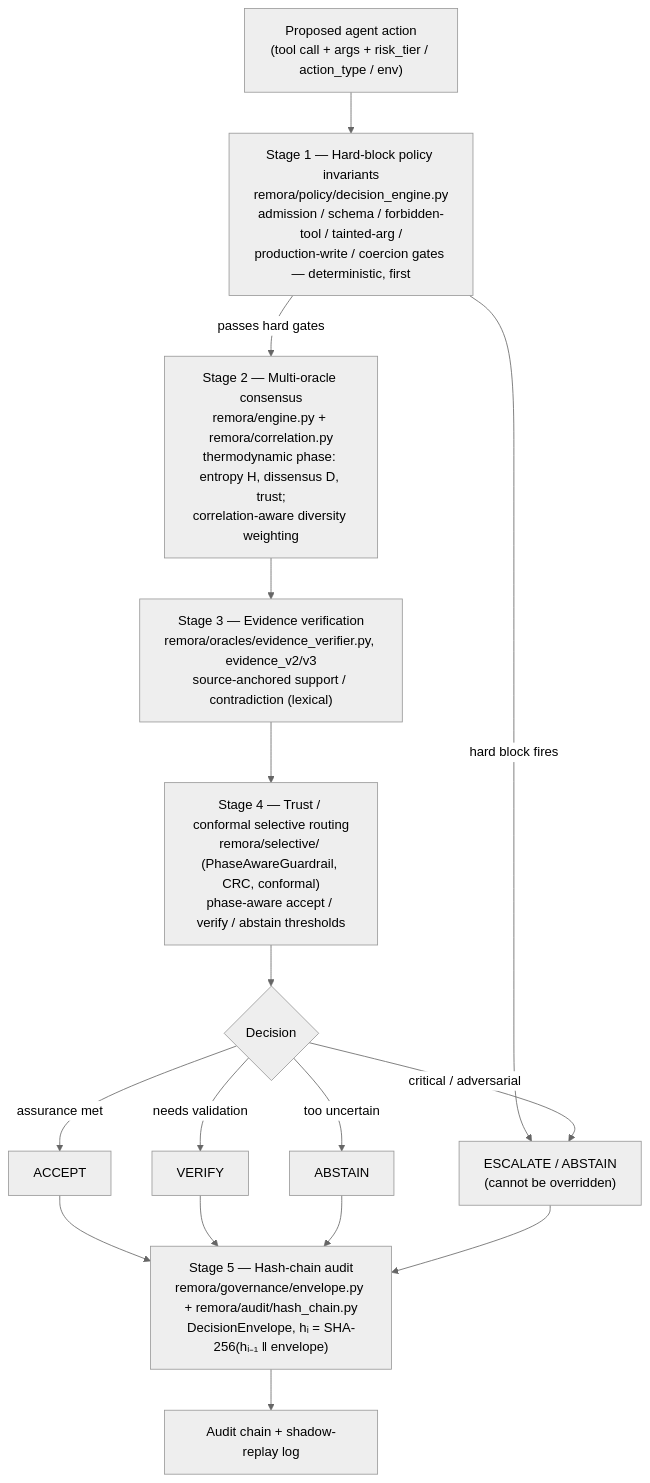
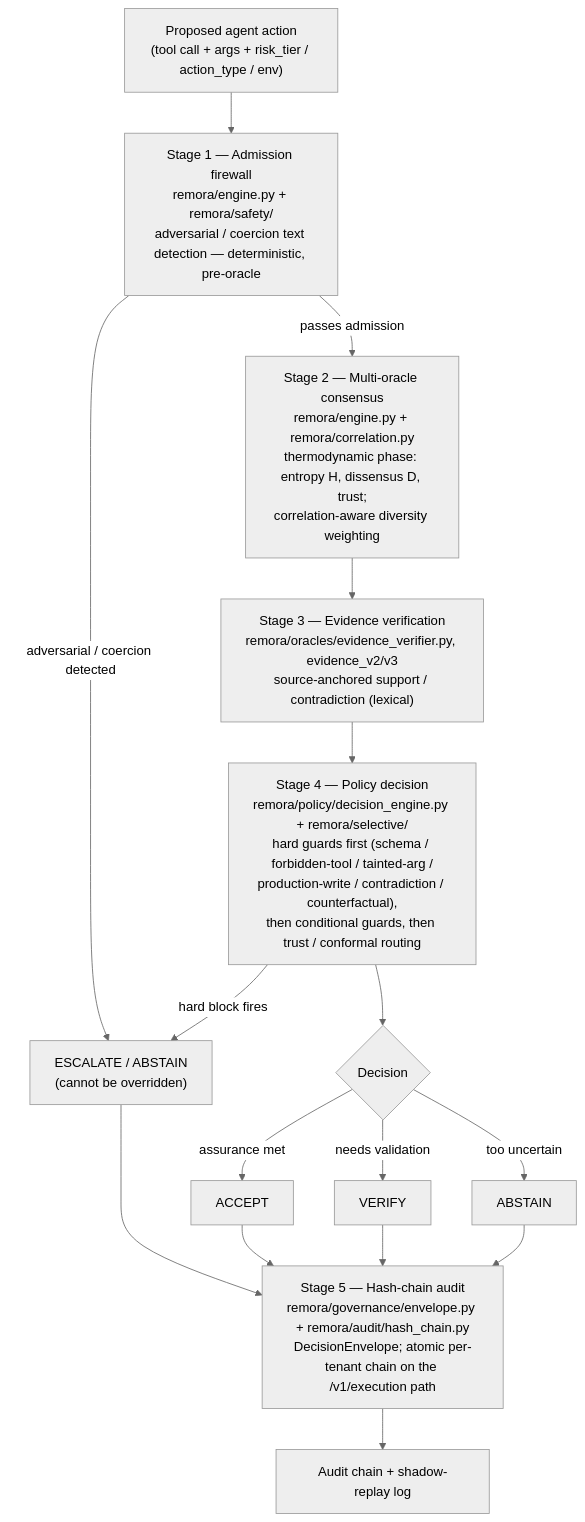
One commit to darklordVirtual/REMORA-research changed the first of 2 diagrams in ARCHITECTURE.md. Above: the diagram before and after it, drawn with Mermaid (neutral theme). The commit also changed other lines of this file and 14 other files, not shown here.

````diff
--- a/ARCHITECTURE.md
+++ b/ARCHITECTURE.md
@@ -68,25 +71,25 @@
 ```mermaid
 flowchart TD
     ACT["Proposed agent action\n(tool call + args + risk_tier / action_type / env)"] --> S1
 
-    S1["Stage 1 — Hard-block policy invariants\nremora/policy/decision_engine.py\nadmission / schema / forbidden-tool / tainted-arg /\nproduction-write / coercion gates — deterministic, first"]
-    S1 -->|"hard block fires"| ESC["ESCALATE / ABSTAIN\n(cannot be overridden)"]
-    S1 -->|"passes hard gates"| S2
+    S1["Stage 1 — Admission firewall\nremora/engine.py + remora/safety/\nadversarial / coercion text detection — deterministic, pre-oracle"]
+    S1 -->|"adversarial / coercion detected"| ESC["ESCALATE / ABSTAIN\n(cannot be overridden)"]
+    S1 -->|"passes admission"| S2
 
     S2["Stage 2 — Multi-oracle consensus\nremora/engine.py + remora/correlation.py\nthermodynamic phase: entropy H, dissensus D, trust;\ncorrelation-aware diversity weighting"]
     S2 --> S3
 
     S3["Stage 3 — Evidence verification\nremora/oracles/evidence_verifier.py, evidence_v2/v3\nsource-anchored support / contradiction (lexical)"]
     S3 --> S4
 
-    S4["Stage 4 — Trust / conformal selective routing\nremora/selective/ (PhaseAwareGuardrail, CRC, conformal)\nphase-aware accept / verify / abstain thresholds"]
+    S4["Stage 4 — Policy decision\nremora/policy/decision_engine.py + remora/selective/\nhard guards first (schema / forbidden-tool / tainted-arg /\nproduction-write / contradiction / counterfactual),\nthen conditional guards, then trust / conformal routing"]
+    S4 -->|"hard block fires"| ESC
     S4 --> DEC{"Decision"}
 
     DEC -->|"assurance met"| ACCEPT["ACCEPT"]
     DEC -->|"needs validation"| VERIFY["VERIFY"]
     DEC -->|"too uncertain"| ABSTAIN["ABSTAIN"]
-    DEC -->|"critical / adversarial"| ESC
 
-    ACCEPT & VERIFY & ABSTAIN & ESC --> S5["Stage 5 — Hash-chain audit\nremora/governance/envelope.py + remora/audit/hash_chain.py\nDecisionEnvelope, hᵢ = SHA-256(hᵢ₋₁ ‖ envelope)"]
+    ACCEPT & VERIFY & ABSTAIN & ESC --> S5["Stage 5 — Hash-chain audit\nremora/governance/envelope.py + remora/audit/hash_chain.py\nDecisionEnvelope; atomic per-tenant chain on the /v1/execution path"]
     S5 --> OUT["Audit chain + shadow-replay log"]
 ```
````
